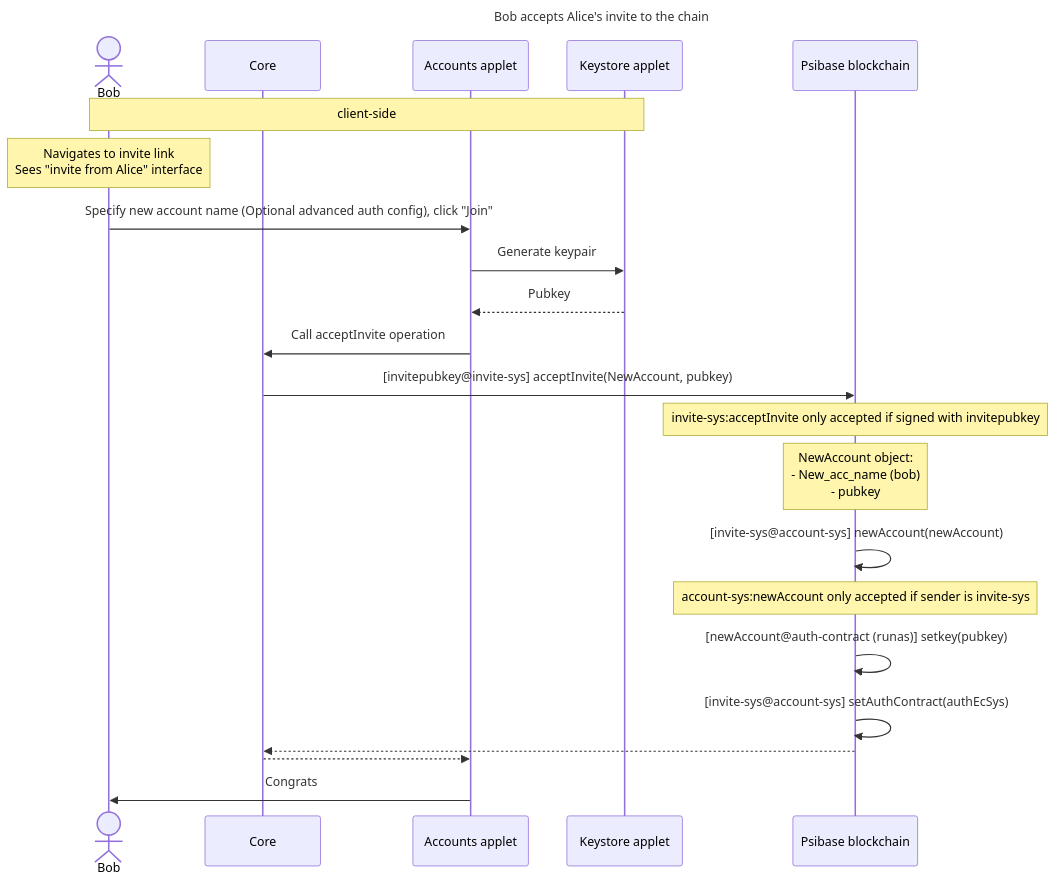
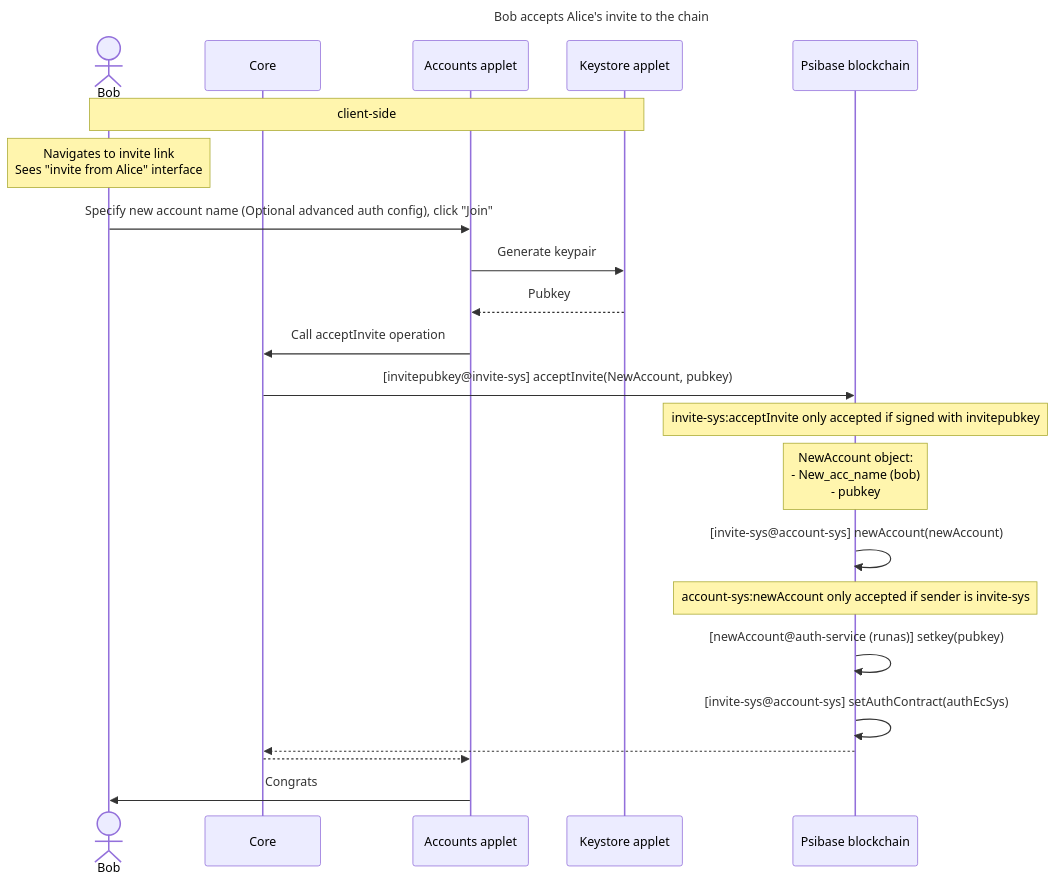
One commit to gofractally/psibase changed the second of 2 diagrams in doc/diagrams/invite-new-user.md. Above: the diagram before and after it, drawn with Mermaid. The commit also changed 16 other files, not shown here.

````diff
--- a/doc/diagrams/invite-new-user.md
+++ b/doc/diagrams/invite-new-user.md
@@ -33,27 +33,27 @@
 ```mermaid
 sequenceDiagram
 
    title Bob accepts Alice's invite to the chain
    actor Bob
    participant Core
    participant Accounts applet
    participant Keystore applet
    participant Psibase blockchain
    note over Bob, Keystore applet: client-side
 
    Note over Bob: Navigates to invite link<br>Sees "invite from Alice" interface
    Bob->>Accounts applet: Specify new account name (Optional advanced auth config), click "Join"
    Accounts applet->>Keystore applet: Generate keypair
    Keystore applet-->>Accounts applet: Pubkey
    Accounts applet->>Core: Call acceptInvite operation
    Core->>Psibase blockchain: [invitepubkey@invite-sys] acceptInvite(NewAccount, pubkey)
    Note over Psibase blockchain: invite-sys:acceptInvite only accepted if signed with invitepubkey
    Note over Psibase blockchain: NewAccount object: <br>  - New_acc_name (bob)<br>  - pubkey
    Psibase blockchain->>Psibase blockchain: [invite-sys@account-sys] newAccount(newAccount)
    Note over Psibase blockchain: account-sys:newAccount only accepted if sender is invite-sys
-   Psibase blockchain->>Psibase blockchain: [newAccount@auth-contract (runas)] setkey(pubkey)
+   Psibase blockchain->>Psibase blockchain: [newAccount@auth-service (runas)] setkey(pubkey)
    Psibase blockchain->>Psibase blockchain: [invite-sys@account-sys] setAuthContract(authEcSys)
    Psibase blockchain-->>Core: 
    Core-->>Accounts applet: 
    Accounts applet->>Bob: Congrats
 ```
````
